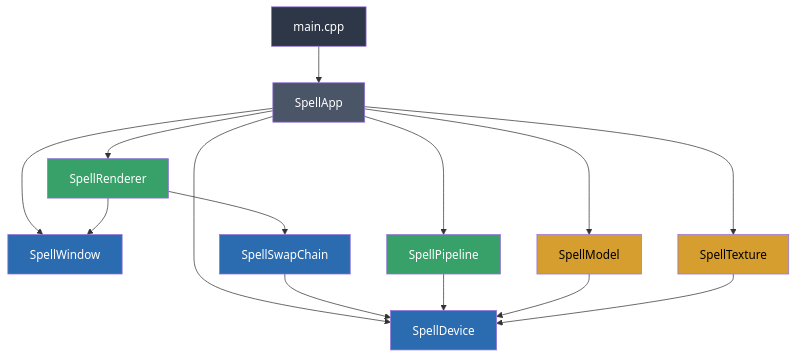
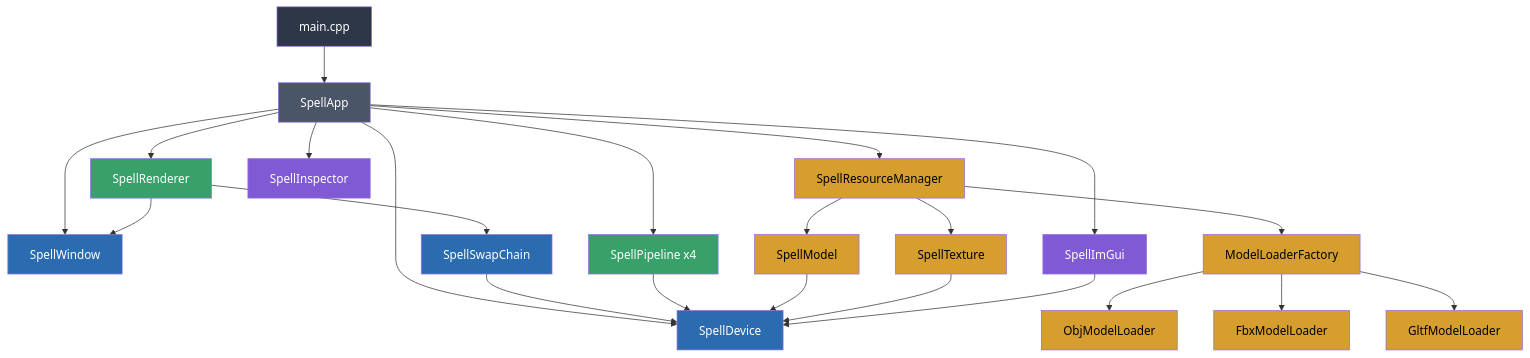
One commit to Spellzzy/VulkanTest changed the first of 2 diagrams in README.md. Above: the diagram before and after it, drawn with Mermaid. The commit also changed other lines of this file, not shown here.

````diff
--- a/README.md
+++ b/README.md
@@ -53,28 +67,43 @@
 ```mermaid
 graph TD
     A[main.cpp] --> B[SpellApp]
     B --> C[SpellWindow]
     B --> D[SpellDevice]
     B --> E[SpellRenderer]
-    B --> F[SpellPipeline]
-    B --> G[SpellModel]
-    B --> H[SpellTexture]
+    B --> F[SpellPipeline x4]
+    B --> G[SpellResourceManager]
+    B --> L[SpellImGui]
+    B --> M[SpellInspector]
 
-    E --> I[SpellSwapChain]
-    I --> D
+    G --> H[SpellModel]
+    G --> I[SpellTexture]
+    G --> N[ModelLoaderFactory]
+    N --> O[ObjModelLoader]
+    N --> P[FbxModelLoader]
+    N --> Q[GltfModelLoader]
+
+    E --> J[SpellSwapChain]
+    J --> D
     E --> C
     F --> D
-
-    G --> D
     H --> D
+    I --> D
+    L --> D
 
     style A fill:#2d3748,color:#fff
     style B fill:#4a5568,color:#fff
     style C fill:#2b6cb0,color:#fff
     style D fill:#2b6cb0,color:#fff
-    style I fill:#2b6cb0,color:#fff
+    style J fill:#2b6cb0,color:#fff
     style E fill:#38a169,color:#fff
     style F fill:#38a169,color:#fff
     style G fill:#d69e2e,color:#000
     style H fill:#d69e2e,color:#000
+    style I fill:#d69e2e,color:#000
+    style N fill:#d69e2e,color:#000
+    style O fill:#d69e2e,color:#000
+    style P fill:#d69e2e,color:#000
+    style Q fill:#d69e2e,color:#000
+    style L fill:#805ad5,color:#fff
+    style M fill:#805ad5,color:#fff
 ```
````
